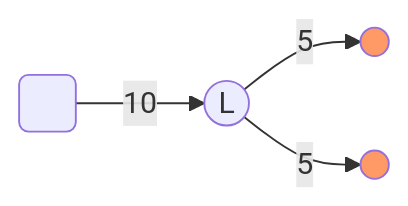
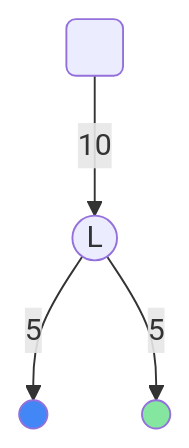
The first of 4 diagrams in docs/protocol-tutorial/0060-funding-a-channel.md (statechannels/go-nitro), drawn with Mermaid before and after one commit. The commit also changed other lines of this file and 1 other file, not shown here.

````diff
--- a/docs/protocol-tutorial/0060-funding-a-channel.md
+++ b/docs/protocol-tutorial/0060-funding-a-channel.md
@@ -65,12 +69,14 @@
 ```mermaid
-graph LR;
+graph TD;
 linkStyle default interpolate basis;
 ETHAssetHolder( )
 ledger((L))
-me(( )):::external
-hub(( )):::external
+me(( )):::me
+hub(( )):::hub
 ETHAssetHolder-->|10|ledger;
 ledger-->|5|me;
 ledger-->|5|hub;
-classDef external fill:#f96
+classDef me fill:#4287f5
+classDef hub fill:#85e69f
+classDef bob fill:#d93434
 ```
````
